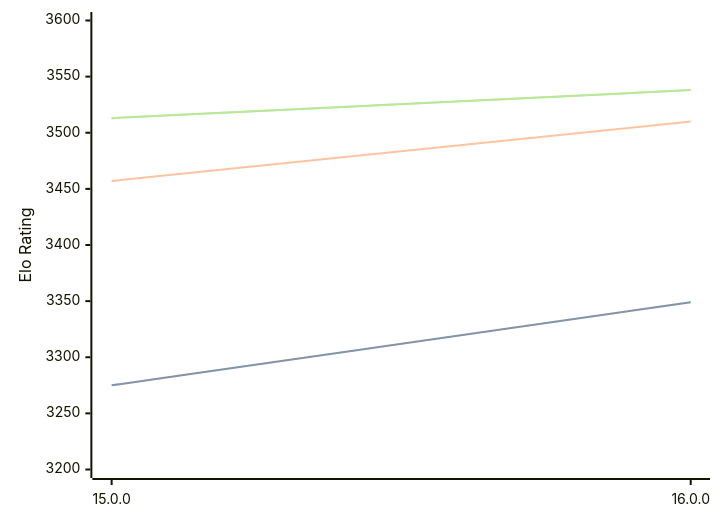
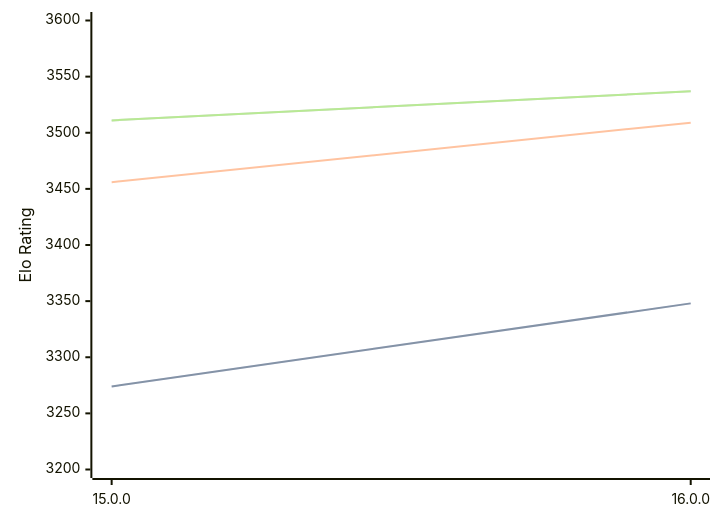
Before and after one commit to computer-chess-index/cci: the diagram in engines/Halogen.md, drawn with Mermaid. The commit also changed other lines of this file, not shown here.

Commit message:
Update CCI Ratings (ELO VLTC) - 2026-06-07

````diff
--- a/engines/Halogen.md
+++ b/engines/Halogen.md
@@ -50,11 +50,11 @@
 ```mermaid
 %%{init: {"theme":"base","themeVariables":{"seriesColors:['#a3a3a3','#222221','#faa371']}}}%%
 xychart-beta
   x-axis ["15.0.0", "16.0.0"]
   y-axis "Elo Rating" 3200 --> 3600
-  line "STC (8.0+0.08s)" [3275, 3349]
-  line "STC (8.0+0.08s)" [3275, 3349]
-  line "LTC (60.0+0.60s)" [3457, 3510]
-  line "VLTC (2m24s+1.12s)" [3513, 3538]
-  line "VLTC (2m24s+1.12s)" [3513, 3538]
+  line "STC (8.0+0.08s)" [3274, 3348]
+  line "STC (8.0+0.08s)" [3274, 3348]
+  line "LTC (60.0+0.60s)" [3456, 3509]
+  line "VLTC (2m24s+1.12s)" [3511, 3537]
+  line "VLTC (2m24s+1.12s)" [3511, 3537]
 ```
````
